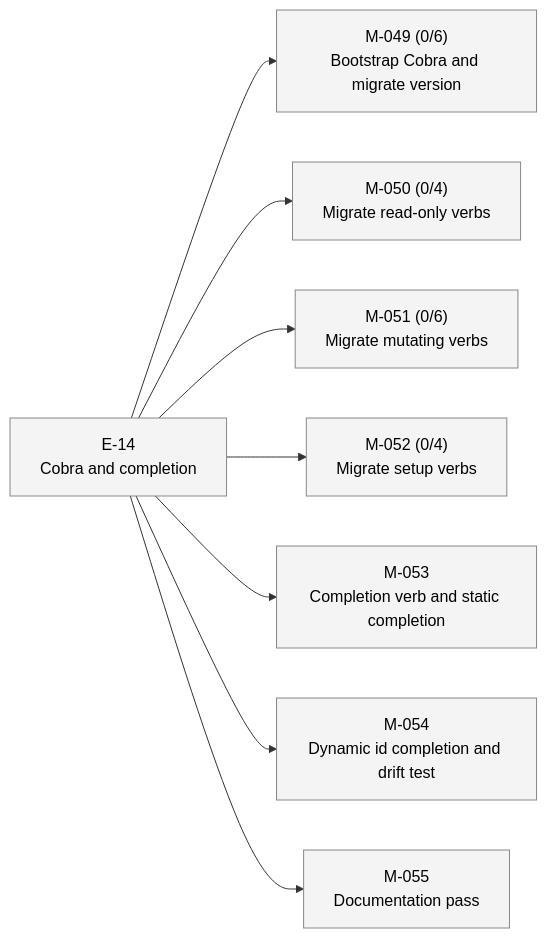
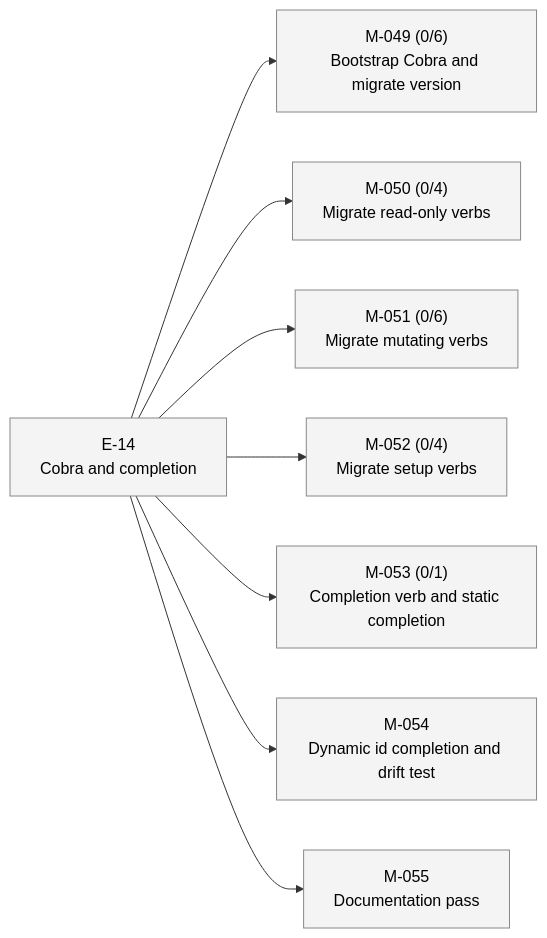
Before and after one commit to 23min/aiwf: the second of 2 diagrams in STATUS.md, drawn with Mermaid. The commit also changed other lines of this file and 1 other file, not shown here.

First line of the commit message:
aiwf add ac M-053/AC-1 "aiwf completion bash|zsh emits a sourceable shell script"

````diff
--- a/STATUS.md
+++ b/STATUS.md
@@ -38,24 +38,24 @@
 ```mermaid
 flowchart LR
   E_14["E-14<br/>Cobra and completion"]:::epic_proposed
   M_049["M-049 (0/6)<br/>Bootstrap Cobra and migrate version"]:::ms_draft
   E_14 --> M_049
   M_050["M-050 (0/4)<br/>Migrate read-only verbs"]:::ms_draft
   E_14 --> M_050
   M_051["M-051 (0/6)<br/>Migrate mutating verbs"]:::ms_draft
   E_14 --> M_051
   M_052["M-052 (0/4)<br/>Migrate setup verbs"]:::ms_draft
   E_14 --> M_052
-  M_053["M-053<br/>Completion verb and static completion"]:::ms_draft
+  M_053["M-053 (0/1)<br/>Completion verb and static completion"]:::ms_draft
   E_14 --> M_053
   M_054["M-054<br/>Dynamic id completion and drift test"]:::ms_draft
   E_14 --> M_054
   M_055["M-055<br/>Documentation pass"]:::ms_draft
   E_14 --> M_055
   classDef epic_active fill:#d6eaff,stroke:#1a73e8,color:#000
   classDef epic_proposed fill:#f4f4f4,stroke:#888,color:#000
   classDef ms_done fill:#d8f5d8,stroke:#2a8a2a,color:#000
   classDef ms_in_progress fill:#fff3c4,stroke:#caa400,color:#000
   classDef ms_draft fill:#f4f4f4,stroke:#888,color:#000
   classDef ms_cancelled fill:#fbeaea,stroke:#c33,color:#000
 ```
````
